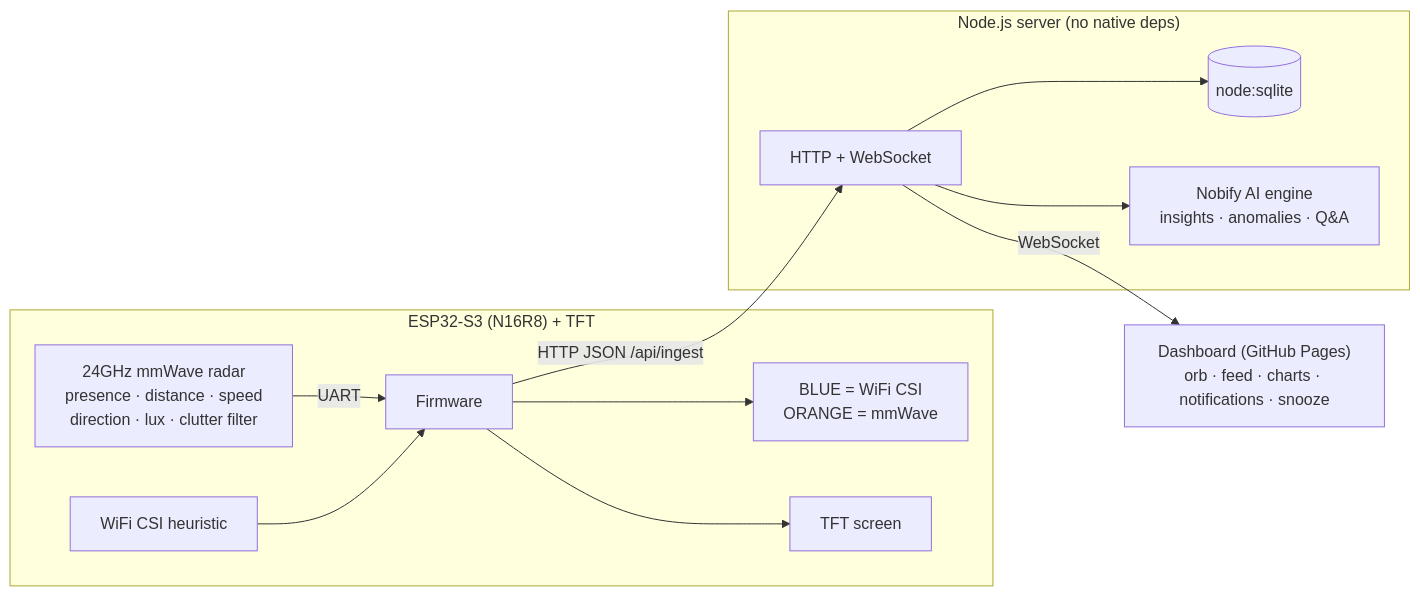
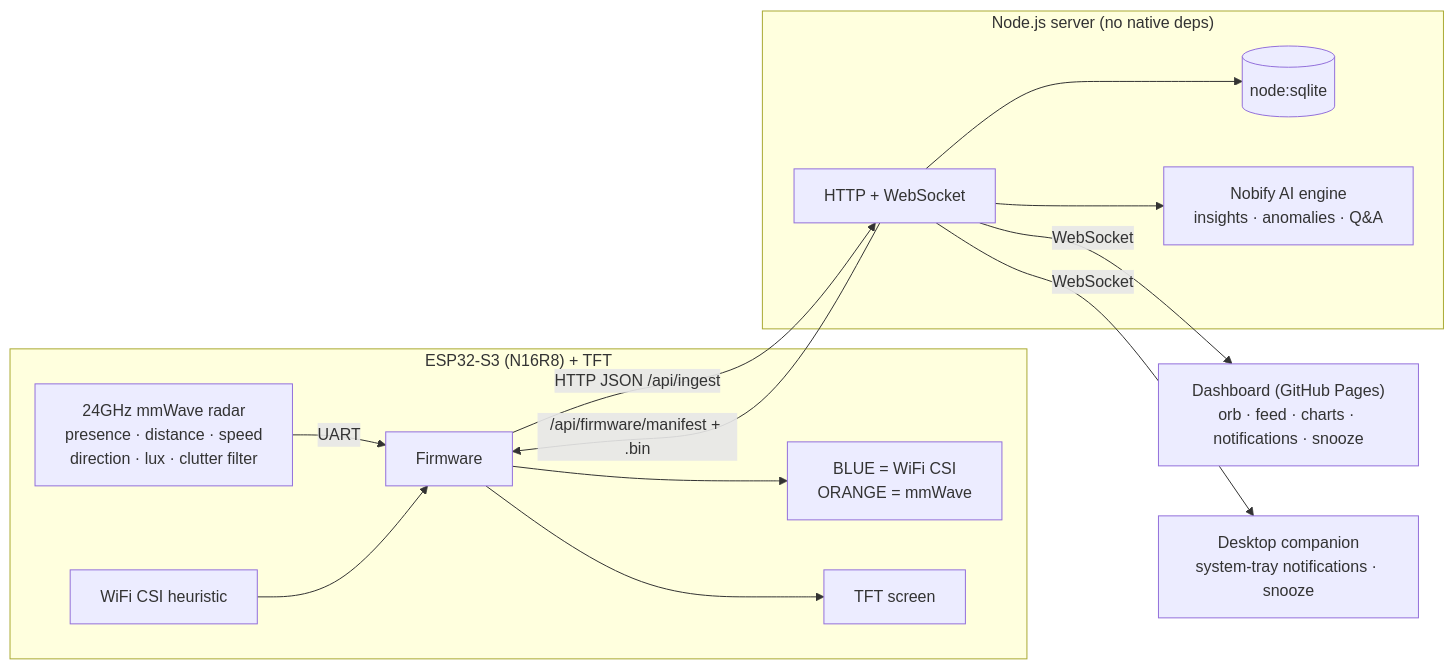
Before and after one commit to Ionity-Global/ionity-assets-ionity-global-ionity-today: the diagram in nobify/README.md, drawn with Mermaid. The commit also changed other lines of this file and 42 other files, not shown here.

First line of the commit message:
feat(nobify): desktop companion, OTA updates, Wiki, Install page, CI/CD

````diff
--- a/nobify/README.md
+++ b/nobify/README.md
@@ -10,15 +10,17 @@
 ```mermaid
 flowchart LR
   subgraph Device["ESP32-S3 (N16R8) + TFT"]
     MM["24GHz mmWave radar<br/>presence · distance · speed<br/>direction · lux · clutter filter"] -->|UART| FW
     CSI["WiFi CSI heuristic"] --> FW
     FW["Firmware"] --> LEDS["BLUE = WiFi CSI<br/>ORANGE = mmWave"]
     FW --> TFT["TFT screen"]
   end
   FW -->|HTTP JSON /api/ingest| SRV
   subgraph Server["Node.js server (no native deps)"]
     SRV["HTTP + WebSocket"] --> DB[("node:sqlite")]
     SRV --> AI["Nobify AI engine<br/>insights · anomalies · Q&A"]
   end
   SRV -->|WebSocket| WEB["Dashboard (GitHub Pages)<br/>orb · feed · charts · notifications · snooze"]
+  SRV -->|WebSocket| COMP["Desktop companion<br/>system-tray notifications · snooze"]
+  SRV -->|"/api/firmware/manifest + .bin"| FW
 ```
````
